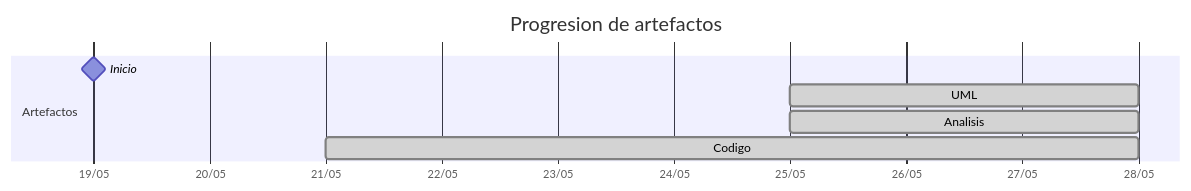
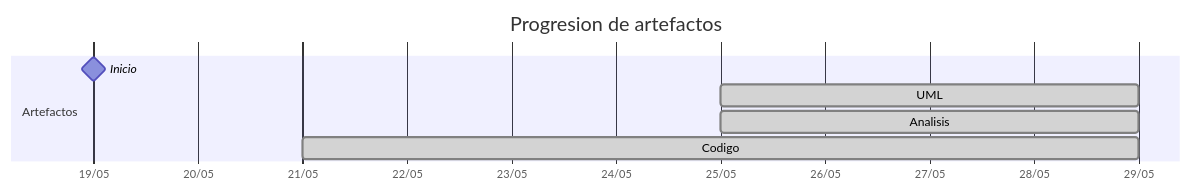
The diagram in TIMELINES/marcosgutierrez6.md (carlos-alvarado-25/25-26-idsw2-sdVC), drawn with Mermaid before and after one commit. The commit also changed other lines of this file and 25 other files, not shown here.

````diff
--- a/TIMELINES/marcosgutierrez6.md
+++ b/TIMELINES/marcosgutierrez6.md
@@ -15,11 +19,11 @@
 ```mermaid
 gantt
     title Progresion de artefactos
     dateFormat YYYY-MM-DD
     axisFormat %d/%m
     section Artefactos
         Inicio       :milestone, 2026-05-19, 0d
-        UML          :done, 2026-05-25, 2026-05-28
-        Analisis     :done, 2026-05-25, 2026-05-28
-        Codigo       :done, 2026-05-21, 2026-05-28
+        UML          :done, 2026-05-25, 2026-05-29
+        Analisis     :done, 2026-05-25, 2026-05-29
+        Codigo       :done, 2026-05-21, 2026-05-29
 ```
````
